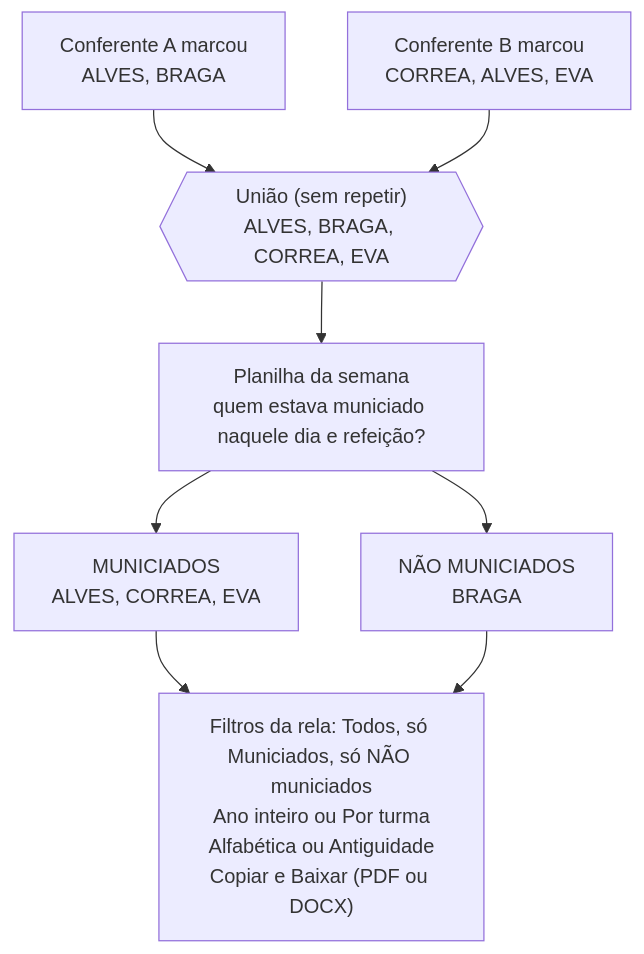
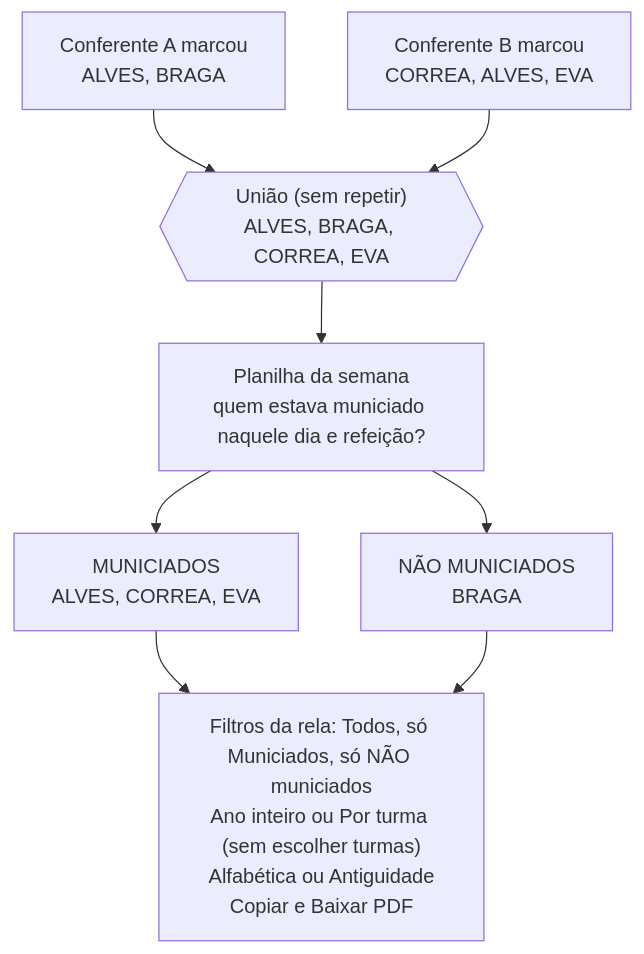
One commit to GiuColucci/Municiamento_CIAGA changed diagram 17 of 17 in docs/ARQUITETURA_E_FLUXO.md. Above: the diagram before and after it, drawn with Mermaid. The commit also changed other lines of this file and 10 other files, not shown here.

First line of the commit message:
Tira o DOCX do app, aproxima o botão de tema do canto e remove o filtro de turmas da conferência geral

````diff
--- a/docs/ARQUITETURA_E_FLUXO.md
+++ b/docs/ARQUITETURA_E_FLUXO.md
@@ -535,10 +535,10 @@
 ```mermaid
 flowchart TD
   C1["Conferente A marcou<br/>ALVES, BRAGA"] --> U
   C2["Conferente B marcou<br/>CORREA, ALVES, EVA"] --> U
   U{{"União (sem repetir)<br/>ALVES, BRAGA, CORREA, EVA"}} --> P["Planilha da semana<br/>quem estava municiado naquele dia e refeição?"]
   P --> M["MUNICIADOS<br/>ALVES, CORREA, EVA"]
   P --> N["NÃO MUNICIADOS<br/>BRAGA"]
-  M --> F["Filtros da rela: Todos, só Municiados, só NÃO municiados<br/>Ano inteiro ou Por turma<br/>Alfabética ou Antiguidade<br/>Copiar e Baixar (PDF ou DOCX)"]
+  M --> F["Filtros da rela: Todos, só Municiados, só NÃO municiados<br/>Ano inteiro ou Por turma (sem escolher turmas)<br/>Alfabética ou Antiguidade<br/>Copiar e Baixar PDF"]
   N --> F
 ```
````
